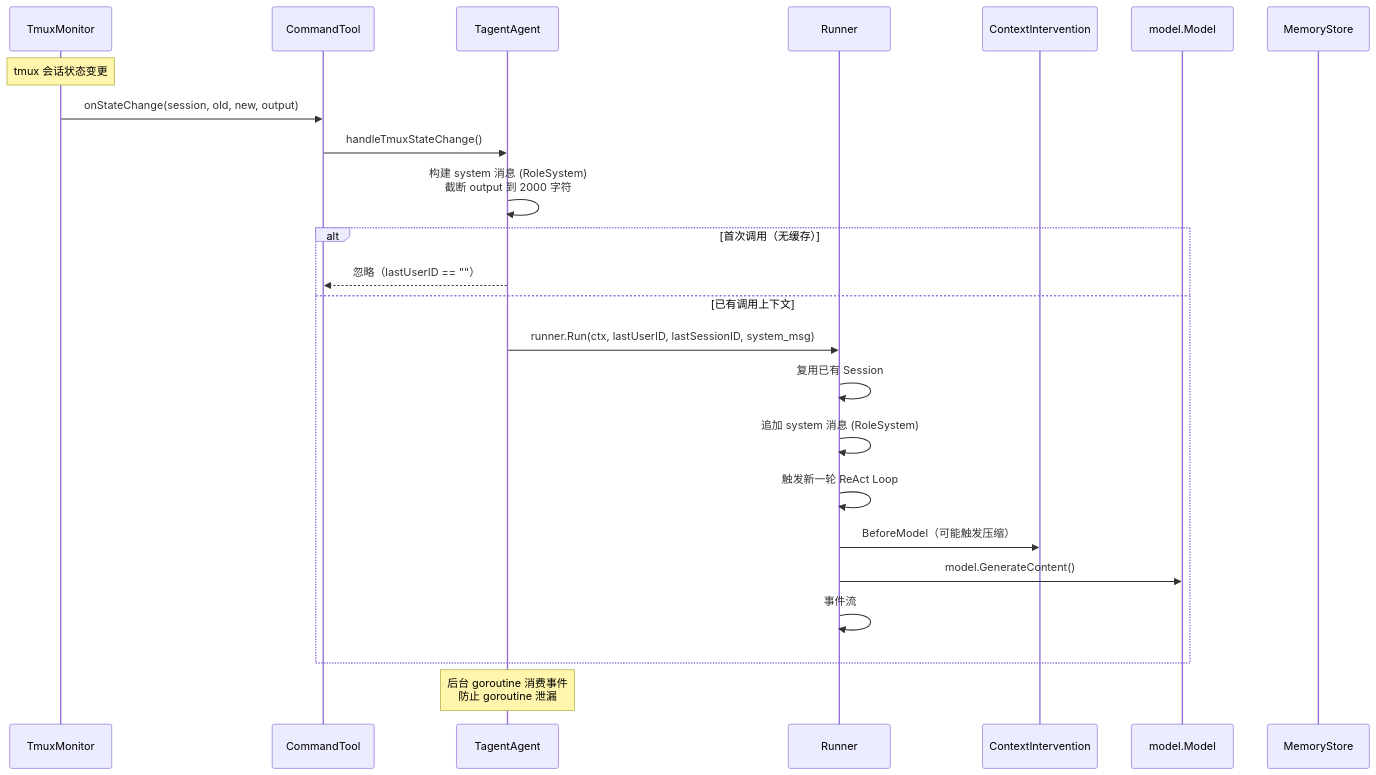
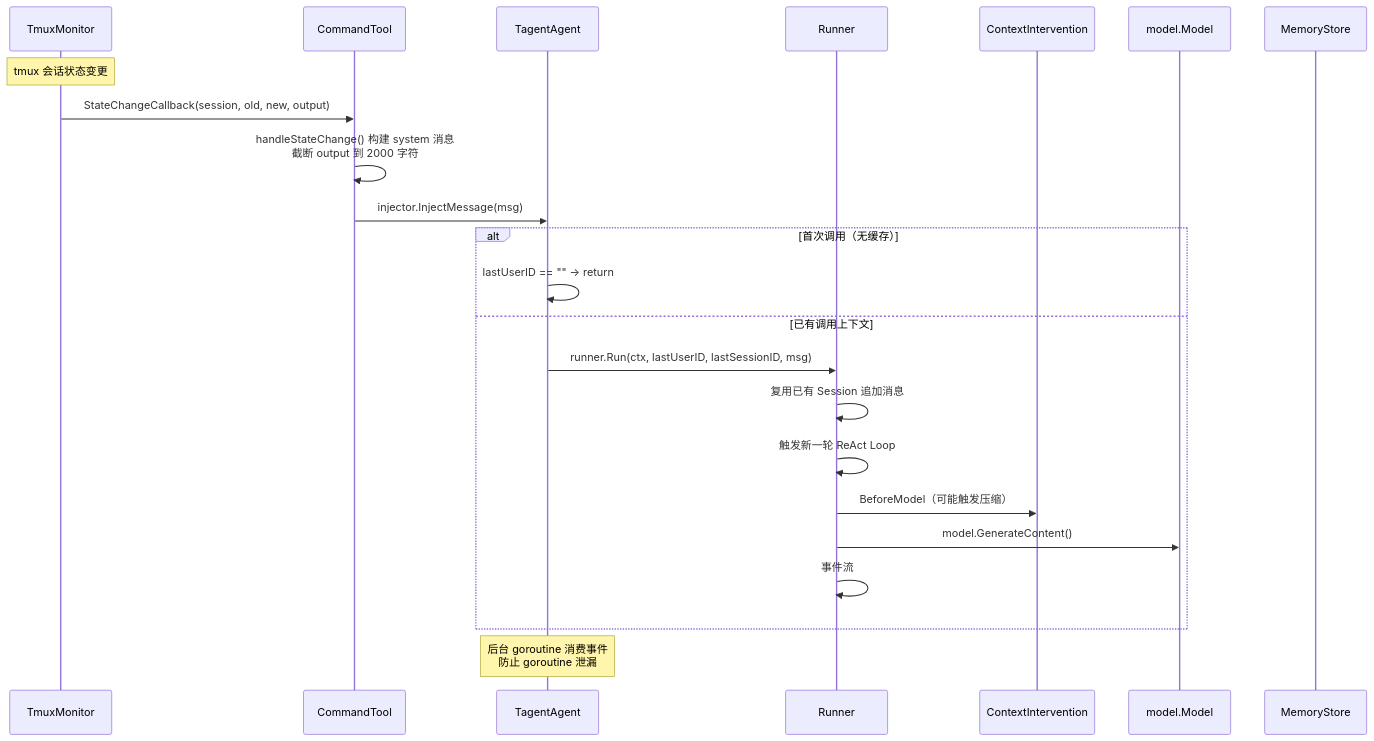
One commit to SpellingDragon/tagent changed the third of 3 diagrams in docs/wiki/agent/agent-architecture.md. Above: the diagram before and after it, drawn with Mermaid. The commit also changed other lines of this file and 53 other files, not shown here.

````diff
--- a/docs/wiki/agent/agent-architecture.md
+++ b/docs/wiki/agent/agent-architecture.md
@@ -504,29 +531,28 @@
 ```mermaid
 sequenceDiagram
     participant TM as TmuxMonitor
     participant CT as CommandTool
     participant TA as TagentAgent
     participant R as Runner
     participant CI as ContextIntervention
     participant LLM as model.Model
     participant MS as MemoryStore
 
     Note over TM: tmux 会话状态变更
-    TM->>CT: onStateChange(session, old, new, output)
-    CT->>TA: handleTmuxStateChange()
-    TA->>TA: 构建 system 消息 (RoleSystem)<br/>截断 output 到 2000 字符
+    TM->>CT: StateChangeCallback(session, old, new, output)
+    CT->>CT: handleStateChange() 构建 system 消息<br/>截断 output 到 2000 字符
+    CT->>TA: injector.InjectMessage(msg)
 
     alt 首次调用（无缓存）
-        TA-->>CT: 忽略（lastUserID == ""）
+        TA->>TA: lastUserID == "" → return
     else 已有调用上下文
-        TA->>R: runner.Run(ctx, lastUserID, lastSessionID, system_msg)
-        R->>R: 复用已有 Session
-        R->>R: 追加 system 消息 (RoleSystem)
+        TA->>R: runner.Run(ctx, lastUserID, lastSessionID, msg)
+        R->>R: 复用已有 Session 追加消息
         R->>R: 触发新一轮 ReAct Loop
         R->>CI: BeforeModel（可能触发压缩）
         R->>LLM: model.GenerateContent()
         R->>R: 事件流
     end
 
     Note over TA: 后台 goroutine 消费事件<br/>防止 goroutine 泄漏
 ```
````
